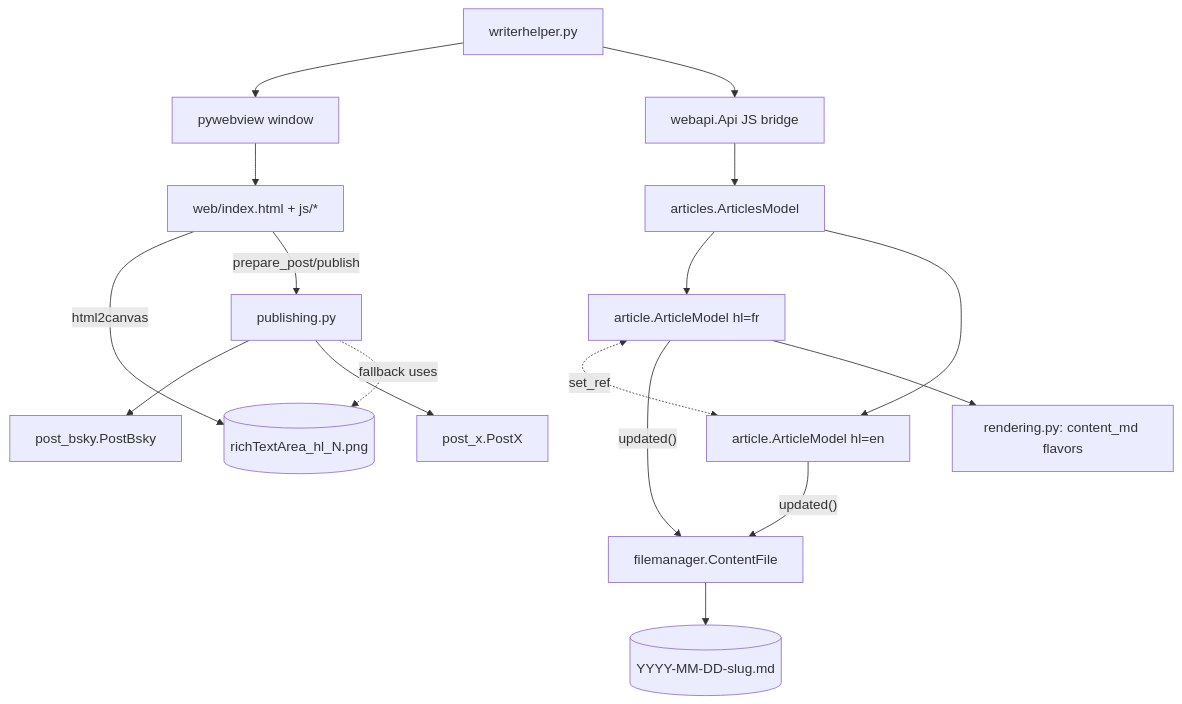
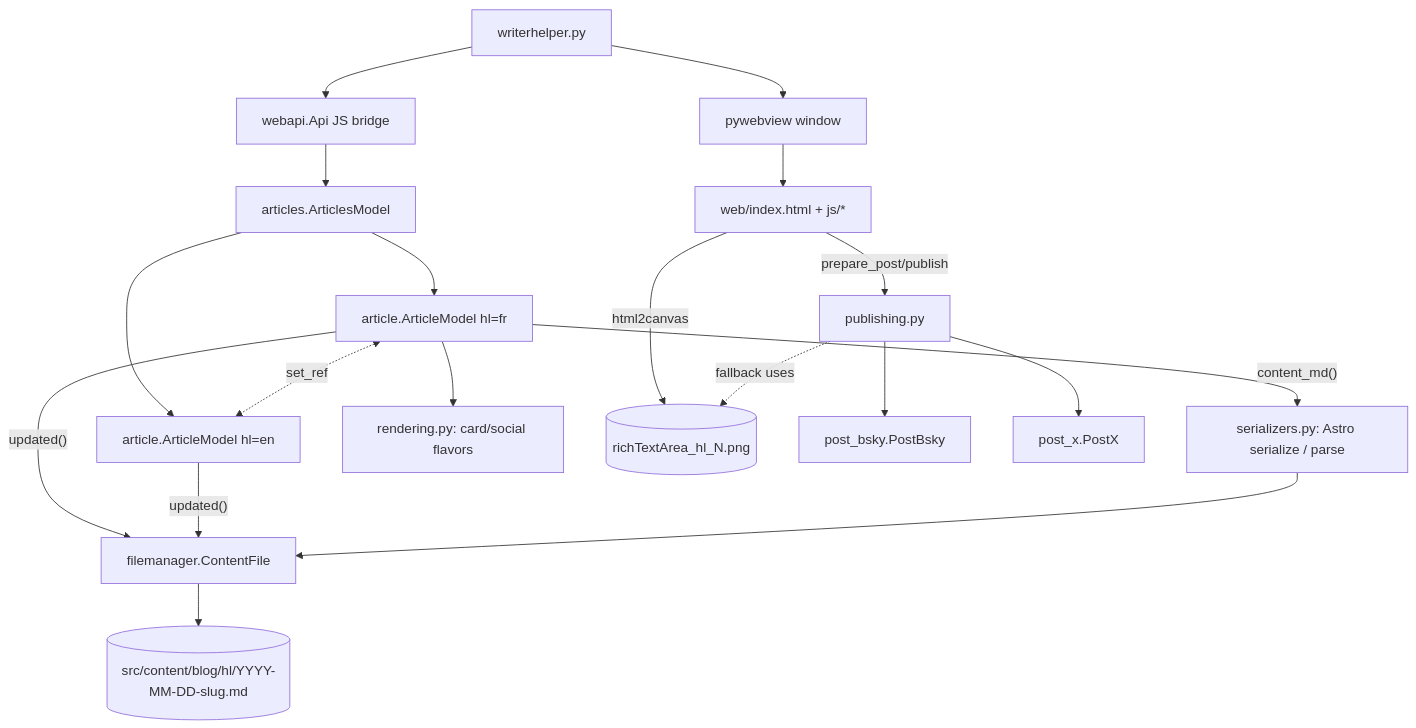
The diagram in memory/summary.md (MartinGamsby/WriterHelper), drawn with Mermaid before and after one commit. The commit also changed other lines of this file and 24 other files, not shown here.

````diff
--- a/memory/summary.md
+++ b/memory/summary.md
@@ -10,19 +18,21 @@
 ```mermaid
 graph TD
     EP[writerhelper.py] --> WV[pywebview window]
     EP --> API[webapi.Api JS bridge]
     WV --> WEB[web/index.html + js/*]
     API --> ASM[articles.ArticlesModel]
     ASM --> FR[article.ArticleModel hl=fr]
     ASM --> EN[article.ArticleModel hl=en]
     FR <-. set_ref .-> EN
     FR -- updated() --> CF[filemanager.ContentFile]
     EN -- updated() --> CF
-    CF --> POSTS[(YYYY-MM-DD-slug.md)]
-    FR --> REND[rendering.py: content_md flavors]
+    FR -- content_md() --> SER[serializers.py: Astro serialize / parse]
+    SER --> CF
+    CF --> POSTS[(src/content/blog/hl/YYYY-MM-DD-slug.md)]
+    FR --> REND[rendering.py: card/social flavors]
     WEB -- html2canvas --> PNG[(richTextArea_hl_N.png)]
     WEB -- prepare_post/publish --> PUB[publishing.py]
     PUB --> PB[post_bsky.PostBsky]
     PUB --> PX[post_x.PostX]
     PUB -. fallback uses .-> PNG
 ```
````
